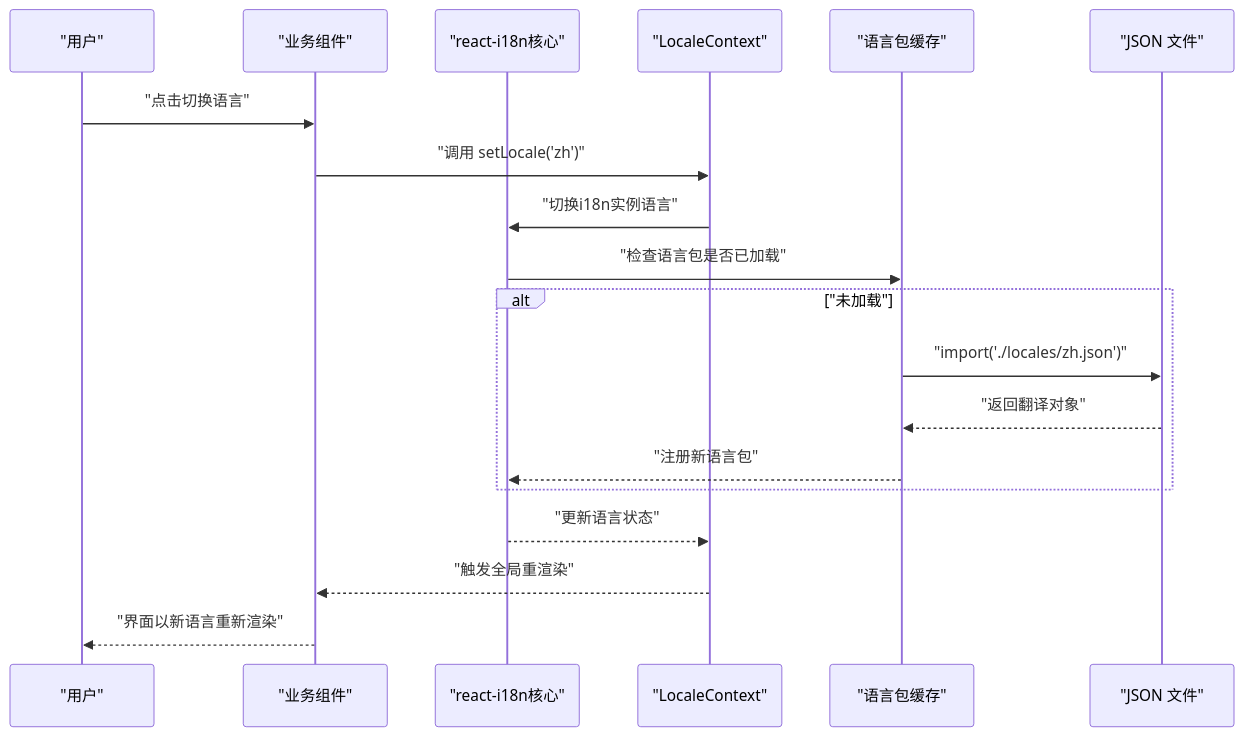
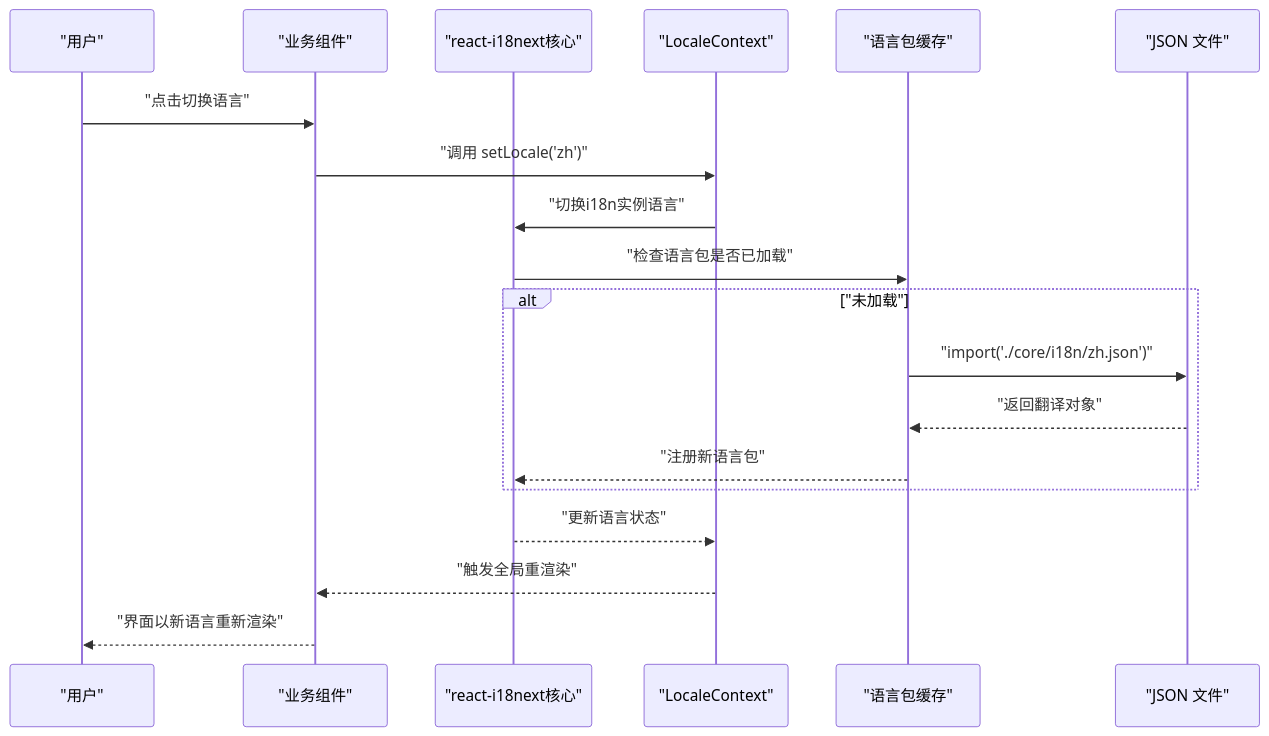
One commit to Hu-Right/supply-os changed the second of 5 diagrams in .qoder/repowiki/zh/content/国际化系统.md. Above: the diagram before and after it, drawn with Mermaid. The commit also changed other lines of this file and 16 other files, not shown here.

````diff
--- a/.qoder/repowiki/zh/content/国际化系统.md
+++ b/.qoder/repowiki/zh/content/国际化系统.md
@@ -88,21 +96,21 @@
 ```mermaid
 sequenceDiagram
 participant U as "用户"
 participant UI as "业务组件"
-participant I18n as "react-i18n核心"
+participant I18n as "react-i18next核心"
 participant Ctx as "LocaleContext"
 participant Store as "语言包缓存"
 participant FS as "JSON 文件"
 U->>UI : "点击切换语言"
 UI->>Ctx : "调用 setLocale('zh')"
 Ctx->>I18n : "切换i18n实例语言"
 I18n->>Store : "检查语言包是否已加载"
 alt "未加载"
-Store->>FS : "import('./locales/zh.json')"
+Store->>FS : "import('./core/i18n/zh.json')"
 FS-->>Store : "返回翻译对象"
 Store-->>I18n : "注册新语言包"
 end
 I18n-->>Ctx : "更新语言状态"
 Ctx-->>UI : "触发全局重渲染"
 UI-->>U : "界面以新语言重新渲染"
 ```
````
